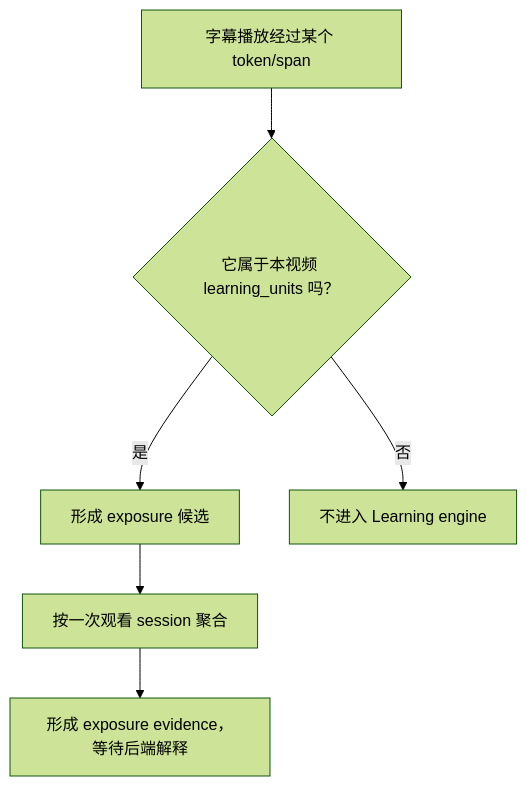
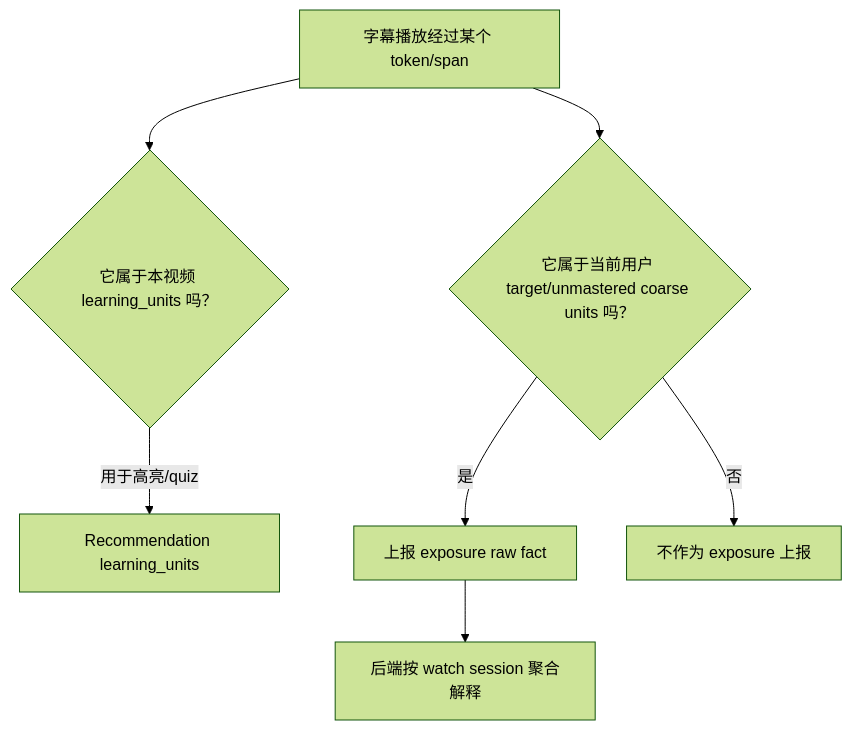
The fifth of 13 diagrams in docs/学习互动信号语义设计.md (bionicotaku/learning-video-recommendation-system), drawn with Mermaid (forest theme) before and after one commit. The commit also changed other lines of this file and 68 other files, not shown here.

Commit message:
learning事件修改, exposure 单 session 聚合 增加单词进度 reset api

````diff
--- a/docs/学习互动信号语义设计.md
+++ b/docs/学习互动信号语义设计.md
@@ -177,8 +177,9 @@
 ```mermaid
 flowchart TD
     A["字幕播放经过某个 token/span"] --> B{"它属于本视频 learning_units 吗？"}
-    B -->|是| C["形成 exposure 候选"]
-    B -->|否| D["不进入 Learning engine"]
-    C --> E["按一次观看 session 聚合"]
-    E --> F["形成 exposure evidence，等待后端解释"]
+    B -->|用于高亮/quiz| C["Recommendation learning_units"]
+    A --> D{"它属于当前用户 target/unmastered coarse units 吗？"}
+    D -->|是| E["上报 exposure raw fact"]
+    D -->|否| F["不作为 exposure 上报"]
+    E --> G["后端按 watch session 聚合解释"]
 ```
````
